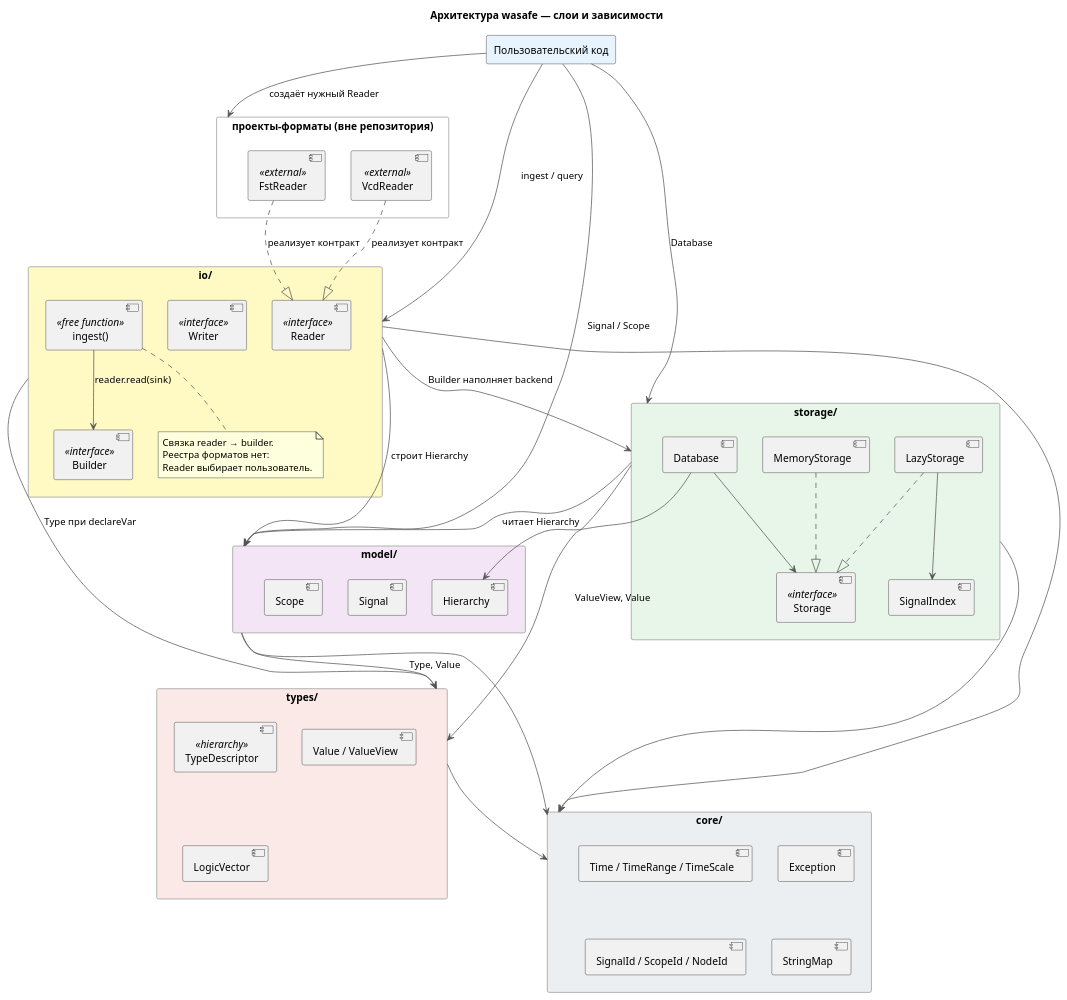
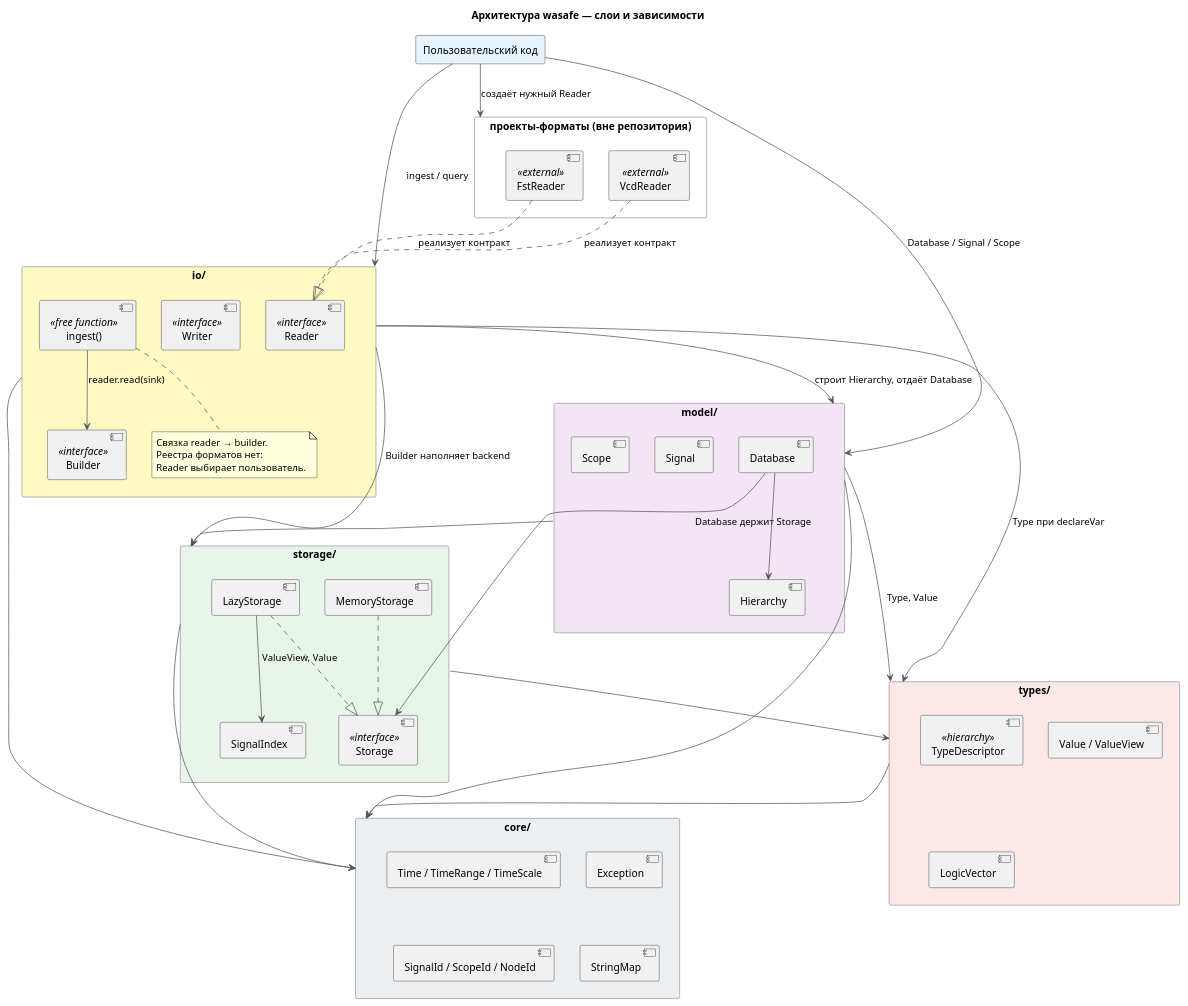
The diagram in docs/uml/01_architecture.puml (gikon3/wasafe), drawn with PlantUML before and after one commit. The commit also changed 25 other files, not shown here.

First line of the commit message:
refactor: Database переехал в model

```diff
--- a/docs/uml/01_architecture.puml
+++ b/docs/uml/01_architecture.puml
@@ -1,82 +1,81 @@
 @startuml 01_architecture
 title Архитектура wasafe — слои и зависимости
 
 skinparam packageStyle rectangle
 skinparam defaultFontName Consolas
 skinparam arrowColor #555555
 skinparam packageBorderColor #999999
 
 package "Пользовательский код" as user #E8F4FD {
 }
 
 package "io/" as io #FFF9C4 {
     [Builder]     <<interface>>
     [Reader]      <<interface>>
     [Writer]      <<interface>>
     [ingest()]    <<free function>>
     note bottom of [ingest()]
       Связка reader → builder.
       Реестра форматов нет:
       Reader выбирает пользователь.
     end note
 }
 
 package "проекты-форматы (вне репозитория)" as formats #FFFFFF {
     [VcdReader]        <<external>>
     [FstReader]        <<external>>
 }
 
+package "model/" as model #F3E5F5 {
+    [Database]
+    [Hierarchy]
+    [Signal]
+    [Scope]
+}
+
 package "storage/" as storage #E8F5E9 {
-    [Database]
     [Storage]   <<interface>>
     [MemoryStorage]
     [LazyStorage]
     [SignalIndex]
-}
-
-package "model/" as model #F3E5F5 {
-    [Hierarchy]
-    [Signal]
-    [Scope]
 }
 
 package "types/" as types #FBE9E7 {
     [TypeDescriptor]   <<hierarchy>>
     [Value / ValueView]
     [LogicVector]
 }
 
 package "core/" as core #ECEFF1 {
     [Time / TimeRange / TimeScale]
     [Exception]
     [SignalId / ScopeId / NodeId]
     [StringMap]
 }
 
 ' зависимости сверху вниз
 user --> io         : ingest / query
 user --> formats    : создаёт нужный Reader
-user --> storage    : Database
-user --> model      : Signal / Scope
+user --> model      : Database / Signal / Scope
 
+io --> model        : строит Hierarchy, отдаёт Database
 io --> storage      : Builder наполняет backend
-io --> model        : строит Hierarchy
-storage --> model   : читает Hierarchy
+model --> storage   : Database держит Storage
 model --> types     : Type, Value
 storage --> types   : ValueView, Value
 io --> types        : Type при declareVar
 types --> core
 model --> core
 storage --> core
 io --> core
 
 [VcdReader] ..|> [Reader]          : реализует контракт
 [FstReader] ..|> [Reader]          : реализует контракт
 [ingest()] --> [Builder]           : reader.read(sink)
 [Database] --> [Storage]
 [Database] --> [Hierarchy]
 [MemoryStorage] ..|> [Storage]
 [LazyStorage] ..|> [Storage]
 [LazyStorage] --> [SignalIndex]
 
 @enduml
```
